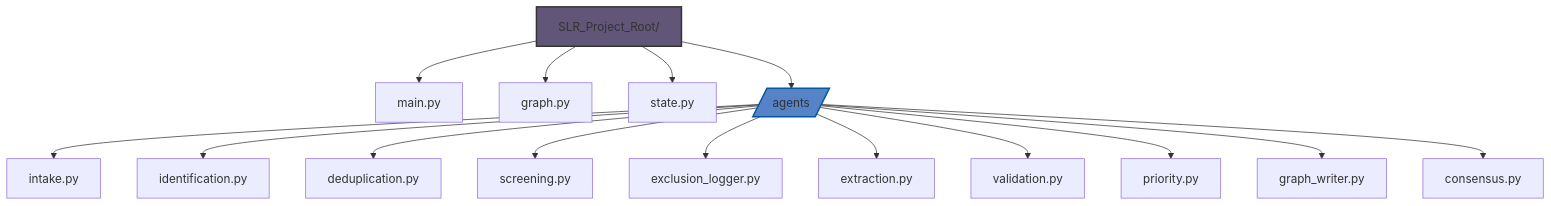
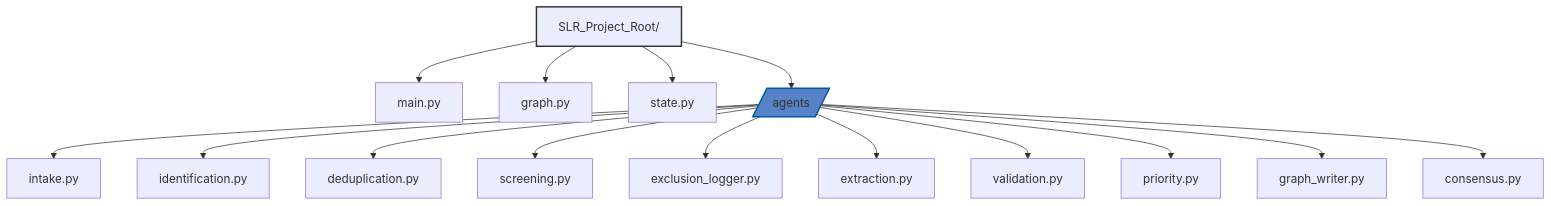
The second of 2 diagrams in README.md (adityatw/slr-cell), drawn with Mermaid before and after one commit. The commit also changed other lines of this file, not shown here.

````diff
--- a/README.md
+++ b/README.md
@@ -77,22 +77,22 @@
 ```mermaid
 graph TD
     Root[SLR_Project_Root/]
     Root --> Main[main.py]
     Root --> Graph[graph.py]
     Root --> State[state.py]
     Root --> AgentsSub[/agents/]
     AgentsSub --> Intake[intake.py]
     AgentsSub --> Identify[identification.py]
     AgentsSub --> Dedup[deduplication.py]
     AgentsSub --> Screen[screening.py]
     AgentsSub --> Exclude[exclusion_logger.py]
     AgentsSub --> Extract[extraction.py]
     AgentsSub --> Validate[validation.py]
     AgentsSub --> Priority[priority.py]
     AgentsSub --> GraphWriter[graph_writer.py]
     AgentsSub --> Consensus[consensus.py]
 
     %% Styling
     style AgentsSub fill:#5683c8,stroke:#01579b,stroke-width:2px
-    style Root fill:#615678,stroke:#333,stroke-width:2px
+    style Root fill:#,stroke:#333,stroke-width:2px
 ```
````
